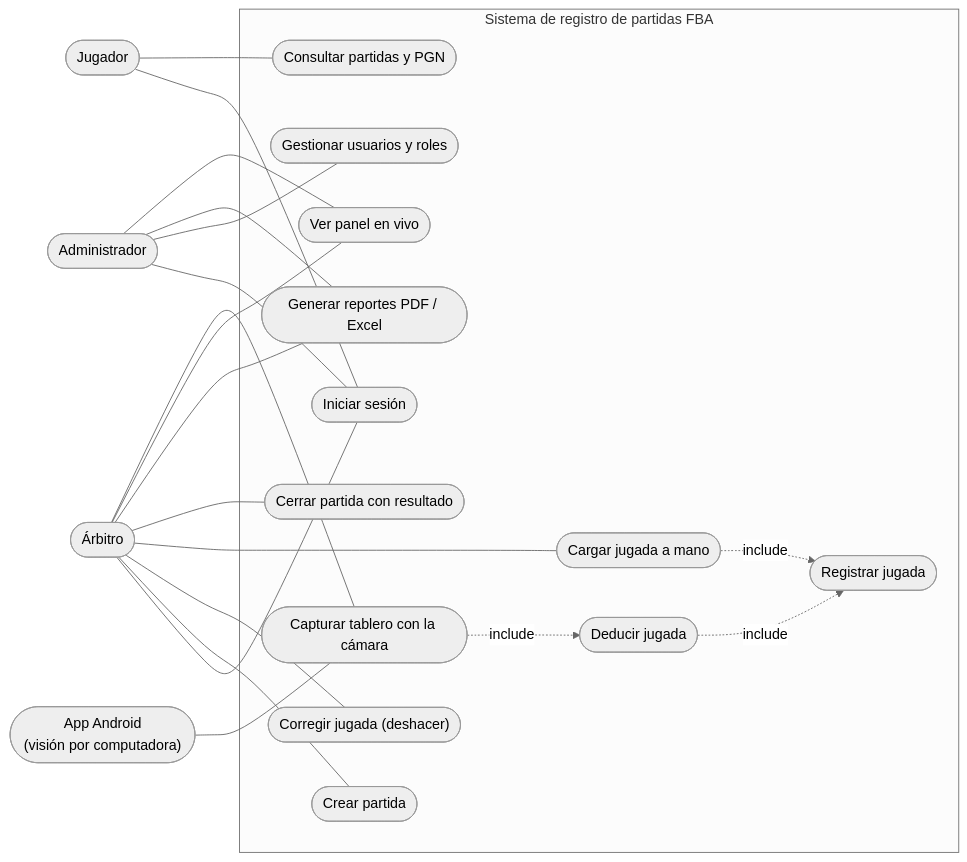
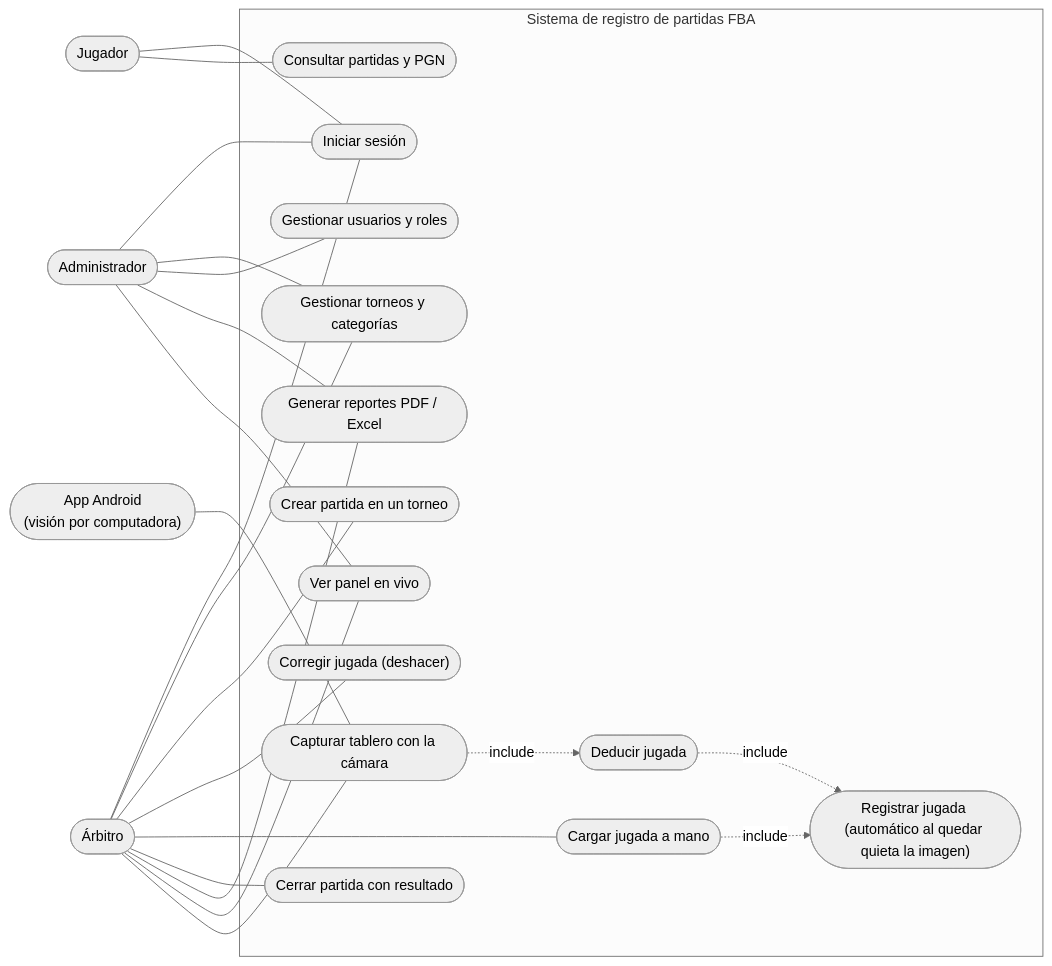
The diagram in docs/casos-de-uso.md (dj-t4b/ajedrez-vision-fba), drawn with Mermaid (neutral theme) before and after one commit. The commit also changed other lines of this file and 34 other files, not shown here.

First line of the commit message:
Torneos (varios a la vez, por categoría) y registro automático de jugadas en la app

````diff
--- a/docs/casos-de-uso.md
+++ b/docs/casos-de-uso.md
@@ -5,31 +5,32 @@
 ```mermaid
 flowchart LR
     admin(["Administrador"])
     arbitro(["Árbitro"])
     jugador(["Jugador"])
     camara(["App Android<br/>(visión por computadora)"])
 
     subgraph sistema["Sistema de registro de partidas FBA"]
         cu1(["Iniciar sesión"])
         cu2(["Gestionar usuarios y roles"])
-        cu3(["Crear partida"])
+        cu13(["Gestionar torneos y categorías"])
+        cu3(["Crear partida en un torneo"])
         cu4(["Capturar tablero con la cámara"])
         cu5(["Deducir jugada"])
-        cu6(["Registrar jugada"])
+        cu6(["Registrar jugada (automático al quedar quieta la imagen)"])
         cu7(["Corregir jugada (deshacer)"])
         cu8(["Cargar jugada a mano"])
         cu9(["Cerrar partida con resultado"])
         cu10(["Consultar partidas y PGN"])
         cu11(["Ver panel en vivo"])
         cu12(["Generar reportes PDF / Excel"])
     end
 
-    admin --- cu1 & cu2 & cu12 & cu11
-    arbitro --- cu1 & cu3 & cu7 & cu8 & cu9 & cu12 & cu11
+    admin --- cu1 & cu13 & cu2 & cu12 & cu11
+    arbitro --- cu1 & cu13 & cu3 & cu7 & cu8 & cu9 & cu12 & cu11
     jugador --- cu1 & cu10
     arbitro --- cu4
     cu4 -. include .-> cu5
     cu5 -. include .-> cu6
     camara --- cu4
     cu8 -. include .-> cu6
 ```
````
